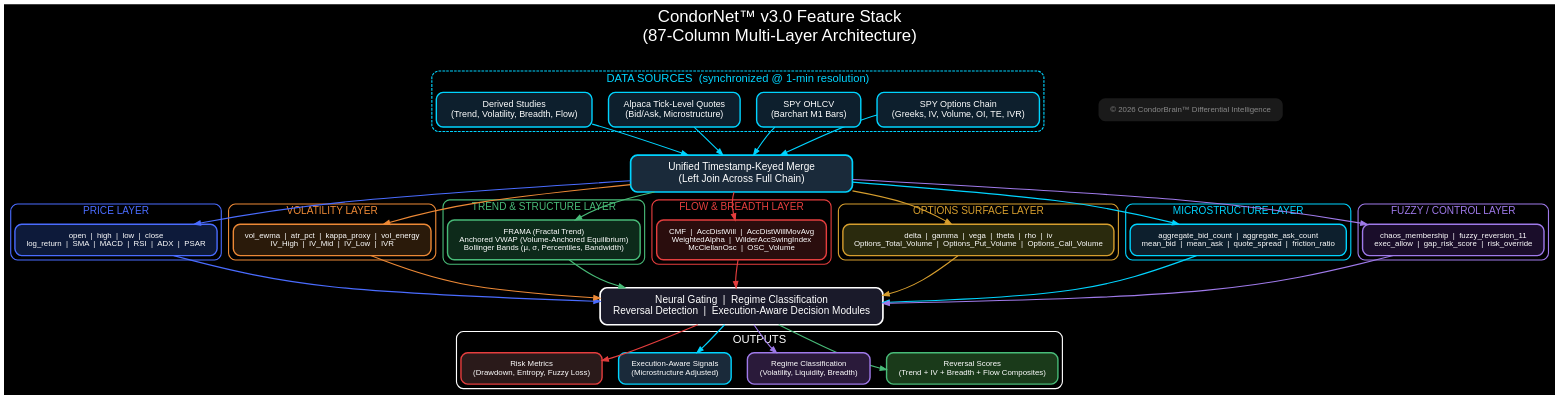
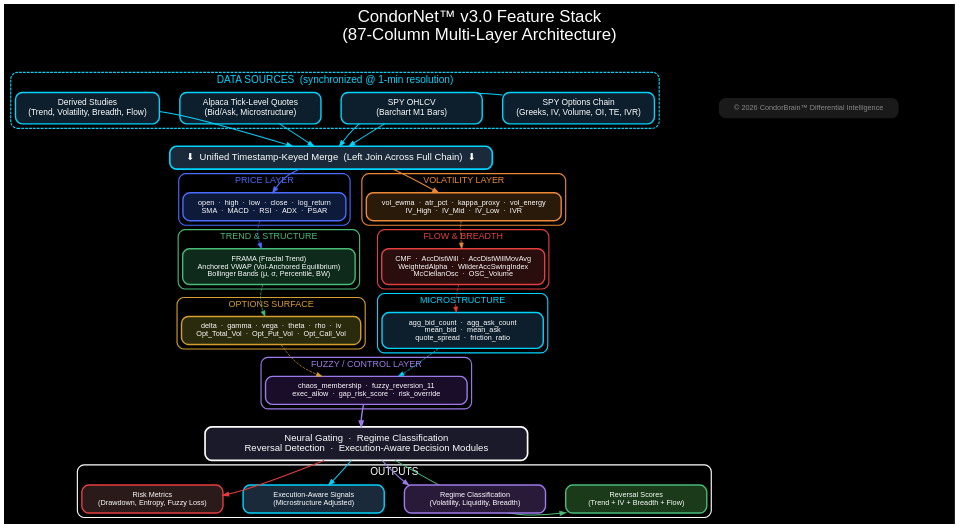
The diagram in docs/architecture/CondorNet_v3_Feature_Stack.dot (trextrader/spy-iron-condor-trading), drawn with Graphviz before and after one commit. The commit also changed 1 other file, not shown here.

Commit message:
docs: portrait-oriented Feature Stack diagram with vertical 2-col layout

```diff
--- a/docs/architecture/CondorNet_v3_Feature_Stack.dot
+++ b/docs/architecture/CondorNet_v3_Feature_Stack.dot
@@ -7,52 +7,57 @@
     labelloc="t";
     label="CondorNet™ v3.0 Feature Stack\n(87-Column Multi-Layer Architecture)";
     fontcolor="#ffffff";
-    nodesep=0.4;
-    ranksep=0.7;
+    nodesep=0.5;
+    ranksep=0.55;
     compound=true;
+    newrank=true;
 
     // GLOBAL NODE STYLE
     node [
         fontname="Arial,Sans-Serif",
-        fontsize=16,
+        fontsize=15,
         shape=box,
         style="filled,rounded",
         fillcolor="#1a1a1a",
         color="#555555",
         fontcolor="#ffffff",
         penwidth=2.5,
-        margin="0.35,0.18"
+        margin="0.3,0.15"
     ];
 
     // GLOBAL EDGE STYLE
     edge [
-        color="#666666",
-        penwidth=2.0,
-        arrowsize=1.1,
+        color="#555555",
+        penwidth=1.8,
+        arrowsize=1.0,
         fontname="Arial,Sans-Serif",
-        fontsize=13,
+        fontsize=12,
         fontcolor="#bbbbbb"
     ];
 
     // =========================================================================
-    // DATA SOURCES
+    // DATA SOURCES — 2×2 grid inside cluster
     // =========================================================================
     subgraph cluster_sources {
         label="DATA SOURCES  (synchronized @ 1-min resolution)";
-        fontsize=20;
+        fontsize=18;
         fontcolor="#00d4ff";
         style="rounded,dashed";
         color="#00d4ff";
         penwidth=2;
 
-        src_options [label="SPY Options Chain\n(Greeks, IV, Volume, OI, TE, IVR)", fillcolor="#0d1f2d", color="#00d4ff"];
-        src_ohlcv   [label="SPY OHLCV\n(Barchart M1 Bars)", fillcolor="#0d1f2d", color="#00d4ff"];
-        src_alpaca  [label="Alpaca Tick-Level Quotes\n(Bid/Ask, Microstructure)", fillcolor="#0d1f2d", color="#00d4ff"];
-        src_derived [label="Derived Studies\n(Trend, Volatility, Breadth, Flow)", fillcolor="#0d1f2d", color="#00d4ff"];
+        src_options [label="SPY Options Chain\n(Greeks, IV, Volume, OI, TE, IVR)", fillcolor="#0d1f2d", color="#00d4ff", width=3.5];
+        src_ohlcv   [label="SPY OHLCV\n(Barchart M1 Bars)", fillcolor="#0d1f2d", color="#00d4ff", width=3.5];
+        src_alpaca  [label="Alpaca Tick-Level Quotes\n(Bid/Ask, Microstructure)", fillcolor="#0d1f2d", color="#00d4ff", width=3.5];
+        src_derived [label="Derived Studies\n(Trend, Volatility, Breadth, Flow)", fillcolor="#0d1f2d", color="#00d4ff", width=3.5];
+
+        // Force 2×2 layout
+        { rank=same; src_options; src_ohlcv; }
+        { rank=same; src_alpaca; src_derived; }
     }
 
     // MERGE NODE
-    merge [label="Unified Timestamp-Keyed Merge\n(Left Join Across Full Chain)", fillcolor="#1a2a3a", color="#00d4ff", fontsize=18, penwidth=3, width=5.5];
+    merge [label="⬇  Unified Timestamp-Keyed Merge  (Left Join Across Full Chain)  ⬇", fillcolor="#1a2a3a", color="#00d4ff", fontsize=17, penwidth=3, width=8.0];
 
     src_options -> merge [color="#00d4ff"];
     src_ohlcv   -> merge [color="#00d4ff"];
@@ -60,130 +65,127 @@
     src_derived -> merge [color="#00d4ff"];
 
     // =========================================================================
-    // FEATURE LAYERS
+    // FEATURE LAYERS — Stacked vertically in pairs
     // =========================================================================
 
-    // --- PRICE LAYER ---
+    // --- ROW 1: PRICE + VOLATILITY ---
     subgraph cluster_price {
         label="PRICE LAYER";
-        fontsize=18;
+        fontsize=16;
         fontcolor="#4a6cff";
         style="rounded";
         color="#4a6cff";
         penwidth=2;
-
-        price_features [label="open  |  high  |  low  |  close\nlog_return  |  SMA  |  MACD  |  RSI  |  ADX  |  PSAR", fillcolor="#0d1a3a", color="#4a6cff", fontsize=14];
+        price_features [label="open  ·  high  ·  low  ·  close  ·  log_return\nSMA  ·  MACD  ·  RSI  ·  ADX  ·  PSAR", fillcolor="#0d1a3a", color="#4a6cff", fontsize=13, width=4.0];
     }
 
-    // --- VOLATILITY LAYER ---
     subgraph cluster_vol {
         label="VOLATILITY LAYER";
-        fontsize=18;
+        fontsize=16;
         fontcolor="#ed8936";
         style="rounded";
         color="#ed8936";
         penwidth=2;
-
-        vol_features [label="vol_ewma  |  atr_pct  |  kappa_proxy  |  vol_energy\nIV_High  |  IV_Mid  |  IV_Low  |  IVR", fillcolor="#2a1a0a", color="#ed8936", fontsize=14];
+        vol_features [label="vol_ewma  ·  atr_pct  ·  kappa_proxy  ·  vol_energy\nIV_High  ·  IV_Mid  ·  IV_Low  ·  IVR", fillcolor="#2a1a0a", color="#ed8936", fontsize=13, width=4.0];
     }
 
-    // --- TREND & STRUCTURE LAYER ---
+    { rank=same; price_features; vol_features; }
+
+    // --- ROW 2: TREND + FLOW ---
     subgraph cluster_trend {
-        label="TREND & STRUCTURE LAYER";
-        fontsize=18;
+        label="TREND & STRUCTURE";
+        fontsize=16;
         fontcolor="#48bb78";
         style="rounded";
         color="#48bb78";
         penwidth=2;
-
-        trend_features [label="FRAMA (Fractal Trend)\nAnchored VWAP (Volume-Anchored Equilibrium)\nBollinger Bands (μ, σ, Percentiles, Bandwidth)", fillcolor="#0d2a1a", color="#48bb78", fontsize=14];
+        trend_features [label="FRAMA (Fractal Trend)\nAnchored VWAP (Vol-Anchored Equilibrium)\nBollinger Bands (μ, σ, Percentile, BW)", fillcolor="#0d2a1a", color="#48bb78", fontsize=13, width=4.0];
     }
 
-    // --- FLOW & BREADTH LAYER ---
     subgraph cluster_flow {
-        label="FLOW & BREADTH LAYER";
-        fontsize=18;
+        label="FLOW & BREADTH";
+        fontsize=16;
         fontcolor="#e53e3e";
         style="rounded";
         color="#e53e3e";
         penwidth=2;
-
-        flow_features [label="CMF  |  AccDistWill  |  AccDistWillMovAvg\nWeightedAlpha  |  WilderAccSwingIndex\nMcClellanOsc  |  OSC_Volume", fillcolor="#2a0d0d", color="#e53e3e", fontsize=14];
+        flow_features [label="CMF  ·  AccDistWill  ·  AccDistWillMovAvg\nWeightedAlpha  ·  WilderAccSwingIndex\nMcClellanOsc  ·  OSC_Volume", fillcolor="#2a0d0d", color="#e53e3e", fontsize=13, width=4.0];
     }
 
-    // --- OPTIONS SURFACE LAYER ---
+    { rank=same; trend_features; flow_features; }
+
+    // --- ROW 3: GREEKS + MICROSTRUCTURE ---
     subgraph cluster_greeks {
-        label="OPTIONS SURFACE LAYER";
-        fontsize=18;
+        label="OPTIONS SURFACE";
+        fontsize=16;
         fontcolor="#d69e2e";
         style="rounded";
         color="#d69e2e";
         penwidth=2;
-
-        greeks_features [label="delta  |  gamma  |  vega  |  theta  |  rho  |  iv\nOptions_Total_Volume  |  Options_Put_Volume  |  Options_Call_Volume", fillcolor="#2a2a0d", color="#d69e2e", fontsize=14];
+        greeks_features [label="delta  ·  gamma  ·  vega  ·  theta  ·  rho  ·  iv\nOpt_Total_Vol  ·  Opt_Put_Vol  ·  Opt_Call_Vol", fillcolor="#2a2a0d", color="#d69e2e", fontsize=13, width=4.0];
     }
 
-    // --- MICROSTRUCTURE LAYER ---
     subgraph cluster_micro {
-        label="MICROSTRUCTURE LAYER";
-        fontsize=18;
+        label="MICROSTRUCTURE";
+        fontsize=16;
         fontcolor="#00d4ff";
         style="rounded";
         color="#00d4ff";
         penwidth=2;
-
-        micro_features [label="aggregate_bid_count  |  aggregate_ask_count\nmean_bid  |  mean_ask  |  quote_spread  |  friction_ratio", fillcolor="#0d1f2d", color="#00d4ff", fontsize=14];
+        micro_features [label="agg_bid_count  ·  agg_ask_count\nmean_bid  ·  mean_ask\nquote_spread  ·  friction_ratio", fillcolor="#0d1f2d", color="#00d4ff", fontsize=13, width=4.0];
     }
 
-    // --- FUZZY / CONTROL LAYER ---
+    { rank=same; greeks_features; micro_features; }
+
+    // --- ROW 4: FUZZY (centered) ---
     subgraph cluster_fuzzy {
         label="FUZZY / CONTROL LAYER";
-        fontsize=18;
+        fontsize=16;
         fontcolor="#9f7aea";
         style="rounded";
         color="#9f7aea";
         penwidth=2;
-
-        fuzzy_features [label="chaos_membership  |  fuzzy_reversion_11\nexec_allow  |  gap_risk_score  |  risk_override", fillcolor="#1a0d2a", color="#9f7aea", fontsize=14];
+        fuzzy_features [label="chaos_membership  ·  fuzzy_reversion_11\nexec_allow  ·  gap_risk_score  ·  risk_override", fillcolor="#1a0d2a", color="#9f7aea", fontsize=13, width=5.0];
     }
 
-    // MERGE TO LAYERS
+    // MERGE → Feature Layers (vertical pairs)
     merge -> price_features  [color="#4a6cff"];
     merge -> vol_features    [color="#ed8936"];
-    merge -> trend_features  [color="#48bb78"];
-    merge -> flow_features   [color="#e53e3e"];
-    merge -> greeks_features [color="#d69e2e"];
-    merge -> micro_features  [color="#00d4ff"];
-    merge -> fuzzy_features  [color="#9f7aea"];
+
+    price_features  -> trend_features  [color="#4a6cff", style=dashed, penwidth=1.2];
+    vol_features    -> flow_features   [color="#ed8936", style=dashed, penwidth=1.2];
+
+    trend_features  -> greeks_features [color="#48bb78", style=dashed, penwidth=1.2];
+    flow_features   -> micro_features  [color="#e53e3e", style=dashed, penwidth=1.2];
+
+    greeks_features -> fuzzy_features  [color="#d69e2e", style=dashed, penwidth=1.2];
+    micro_features  -> fuzzy_features  [color="#00d4ff", style=dashed, penwidth=1.2];
 
     // =========================================================================
     // NEURAL GATING
     // =========================================================================
-    gating [label="Neural Gating  |  Regime Classification\nReversal Detection  |  Execution-Aware Decision Modules", fillcolor="#1a1a2a", color="#ffffff", fontsize=18, penwidth=3, width=6.5, fontcolor="#ffffff"];
+    gating [label="Neural Gating  ·  Regime Classification\nReversal Detection  ·  Execution-Aware Decision Modules", fillcolor="#1a1a2a", color="#ffffff", fontsize=17, penwidth=3, width=8.0, fontcolor="#ffffff"];
 
-    price_features  -> gating [color="#4a6cff"];
-    vol_features    -> gating [color="#ed8936"];
-    trend_features  -> gating [color="#48bb78"];
-    flow_features   -> gating [color="#e53e3e"];
-    greeks_features -> gating [color="#d69e2e"];
-    micro_features  -> gating [color="#00d4ff"];
-    fuzzy_features  -> gating [color="#9f7aea"];
+    fuzzy_features -> gating [color="#9f7aea", penwidth=2.5];
 
     // =========================================================================
-    // OUTPUT SIGNALS
+    // OUTPUT SIGNALS — 2×2 grid
     // =========================================================================
     subgraph cluster_outputs {
         label="OUTPUTS";
-        fontsize=20;
+        fontsize=18;
         fontcolor="#ffffff";
         style="rounded,bold";
         color="#ffffff";
         penwidth=2;
 
-        out_reversal [label="Reversal Scores\n(Trend + IV + Breadth + Flow Composites)", fillcolor="#1a3a1a", color="#48bb78", fontsize=14];
-        out_regime   [label="Regime Classification\n(Volatility, Liquidity, Breadth)", fillcolor="#2a1a3a", color="#9f7aea", fontsize=14];
-        out_exec     [label="Execution-Aware Signals\n(Microstructure Adjusted)", fillcolor="#1a2a3a", color="#00d4ff", fontsize=14];
-        out_risk     [label="Risk Metrics\n(Drawdown, Entropy, Fuzzy Loss)", fillcolor="#2a1a1a", color="#e53e3e", fontsize=14];
+        out_reversal [label="Reversal Scores\n(Trend + IV + Breadth + Flow)", fillcolor="#1a3a1a", color="#48bb78", fontsize=13, width=3.5];
+        out_regime   [label="Regime Classification\n(Volatility, Liquidity, Breadth)", fillcolor="#2a1a3a", color="#9f7aea", fontsize=13, width=3.5];
+        out_exec     [label="Execution-Aware Signals\n(Microstructure Adjusted)", fillcolor="#1a2a3a", color="#00d4ff", fontsize=13, width=3.5];
+        out_risk     [label="Risk Metrics\n(Drawdown, Entropy, Fuzzy Loss)", fillcolor="#2a1a1a", color="#e53e3e", fontsize=13, width=3.5];
+
+        { rank=same; out_reversal; out_regime; }
+        { rank=same; out_exec; out_risk; }
     }
 
     gating -> out_reversal [color="#48bb78"];
@@ -195,7 +197,7 @@
     subgraph cluster_copyright {
         style=invis;
         rank=sink;
-        node [shape=plaintext, fontsize=14, fontcolor="#888888"];
+        node [shape=plaintext, fontsize=13, fontcolor="#888888"];
         copyright_note [label="© 2026 CondorBrain™ Differential Intelligence"];
     }
 }
```
